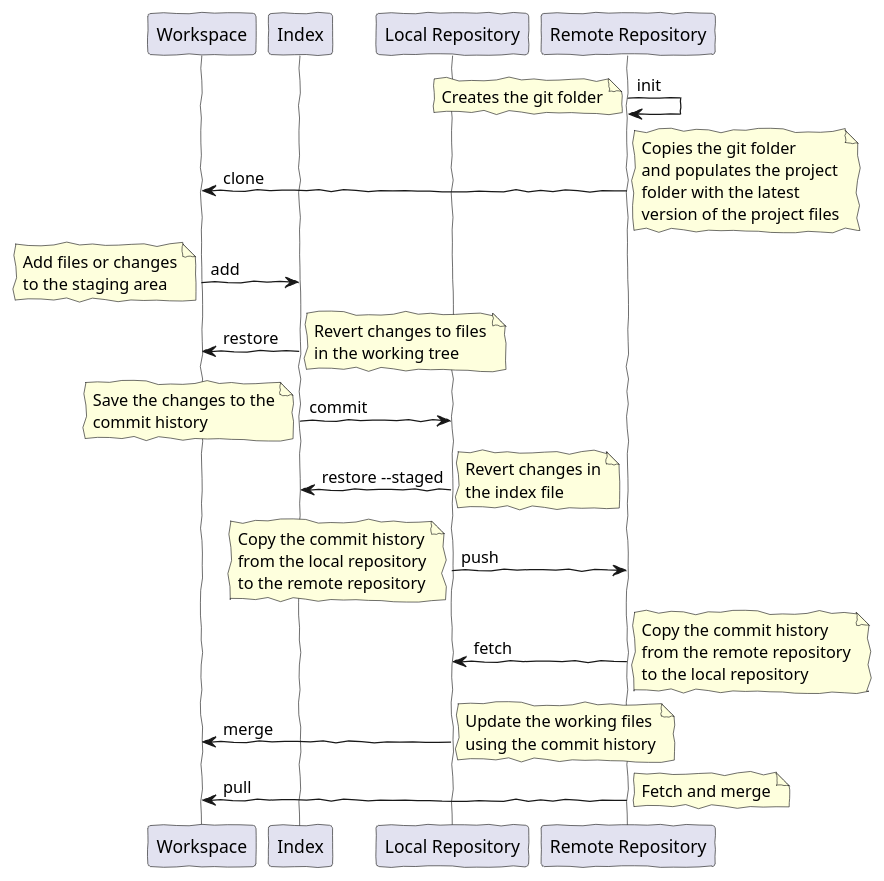
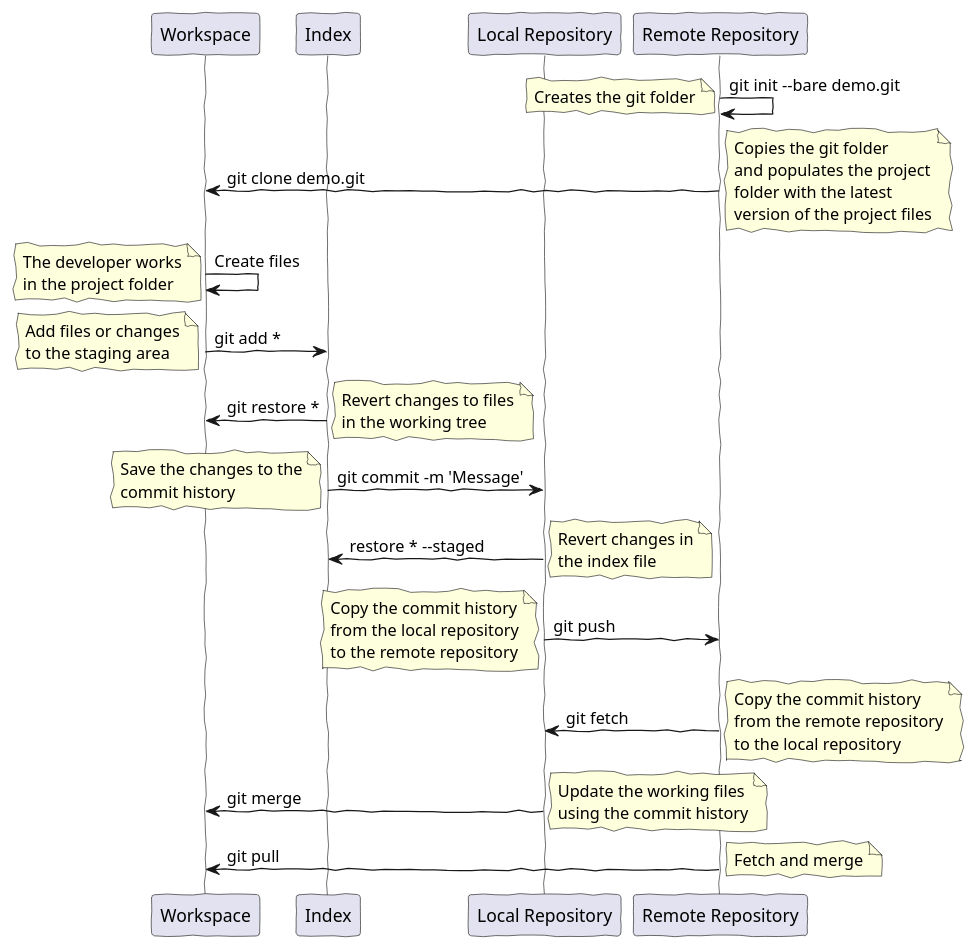
Before and after one commit to braboj/tutorial-git: the diagram in Assets/uml/git-dataflow-diagram.puml, drawn with PlantUML.

Commit message:
(TUT-GIT) - Update of the dataflow diagram

```diff
--- a/Assets/uml/git-dataflow-diagram.puml
+++ b/Assets/uml/git-dataflow-diagram.puml
@@ -1,83 +1,90 @@
 @startuml
 skinparam lifelineStrategy solid
 'skinparam backgroundColor #EEEBDC
 skinparam handwritten true
 
 participant Workspace
 participant Index
 participant "Local Repository" as Local
 participant "Remote Repository" as Remote
 
 'Initialization
-Remote -> Remote    : init
+Remote -> Remote    : git init --bare demo.git
 note left
     Creates the git folder
 end note
 
 'Cloning
-Remote -> Workspace : clone
+Remote -> Workspace : git clone demo.git
 note right
     Copies the git folder
     and populates the project
     folder with the latest
     version of the project files
 end note
 
+'Work in progress
+Workspace -> Workspace : Create files
+note left
+    The developer works
+    in the project folder
+end note
+
 'Staging
-Workspace -> Index  : add
+Workspace -> Index  : git add *
 note left
     Add files or changes
     to the staging area
 end note
 
 'Unstaging
-Index -> Workspace  : restore
+Index -> Workspace  : git restore *
 note right
     Revert changes to files
     in the working tree
 end note
 
 'Commit
-Index -> Local      : commit
+Index -> Local      : git commit -m 'Message'
 note left
     Save the changes to the
     commit history
 end note
 
 'Reverting
-Local -> Index  :  restore --staged
+Local -> Index  :  restore * --staged
 note right
     Revert changes in
     the index file
 end note
 
 'Pushing
-Local -> Remote     : push
+Local -> Remote     : git push
 note left
     Copy the commit history
     from the local repository
     to the remote repository
 end note
 
 'Fetching
-Remote -> Local     : fetch
+Remote -> Local     : git fetch
 note right
     Copy the commit history
     from the remote repository
     to the local repository
 end note
 
 'Update
-Local -> Workspace  : merge
+Local -> Workspace  : git merge
 note right
     Update the working files
     using the commit history
 end note
 
 'Pulling
-Remote -> Workspace : pull
+Remote -> Workspace : git pull
 note right
    Fetch and merge
 end note
 
 @enduml
```
